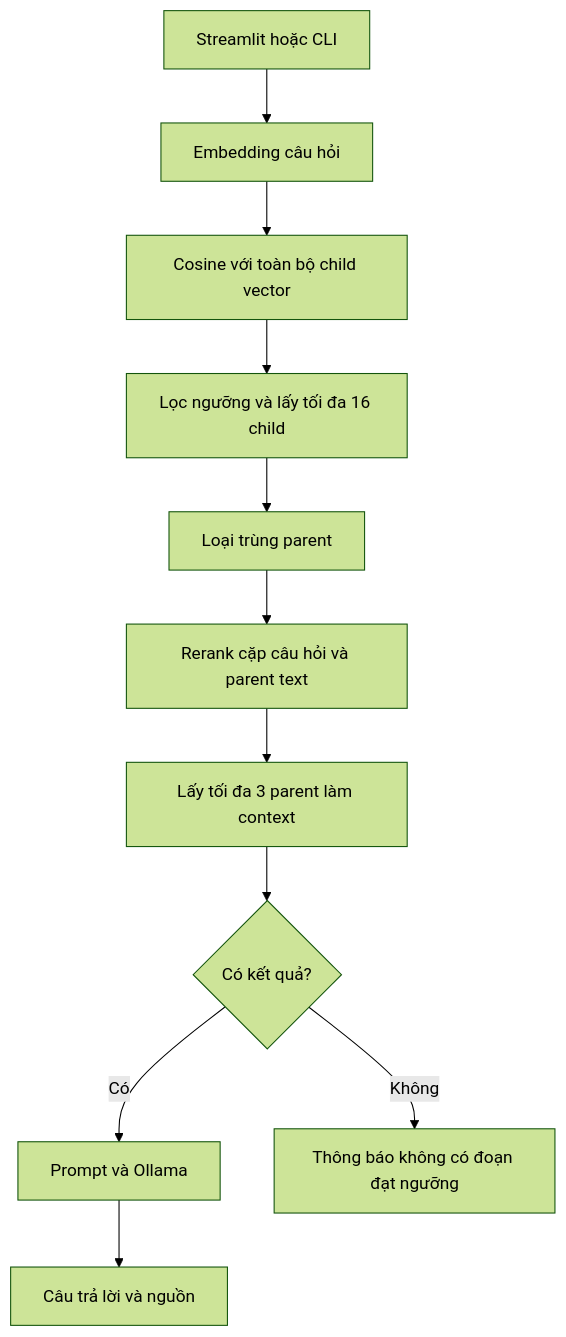
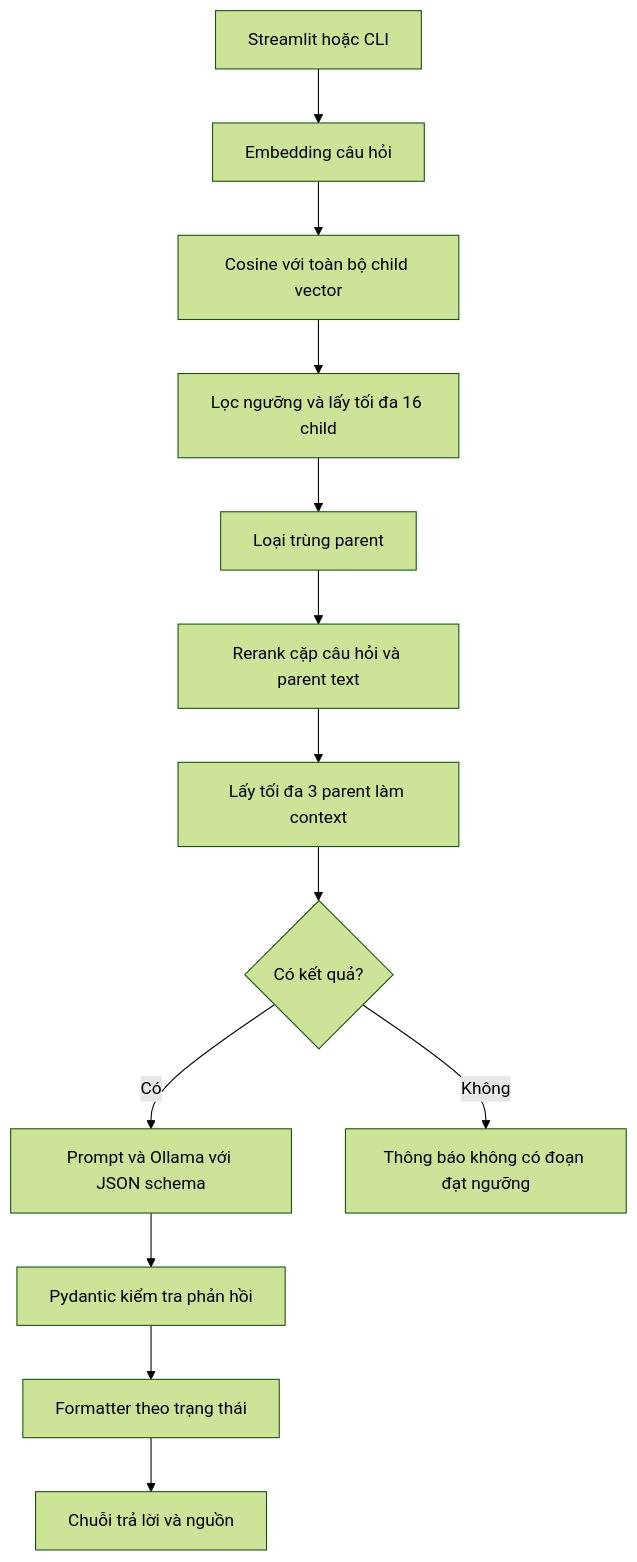
The second of 2 diagrams in README.md (dangthanh204bn/vietnamese-policy-rag), drawn with Mermaid (forest theme) before and after one commit. The commit also changed other lines of this file and 15 other files, not shown here.

````diff
--- a/README.md
+++ b/README.md
@@ -61,13 +69,15 @@
 ```mermaid
 flowchart TD
     A[Streamlit hoặc CLI] --> B[Embedding câu hỏi]
     B --> C[Cosine với toàn bộ child vector]
     C --> D[Lọc ngưỡng và lấy tối đa 16 child]
     D --> E[Loại trùng parent]
     E --> F[Rerank cặp câu hỏi và parent text]
     F --> G[Lấy tối đa 3 parent làm context]
     G --> H{Có kết quả?}
-    H -- Có --> I[Prompt và Ollama]
-    I --> J[Câu trả lời và nguồn]
+    H -- Có --> I[Prompt và Ollama với JSON schema]
+    I --> J[Pydantic kiểm tra phản hồi]
+    J --> L[Formatter theo trạng thái]
+    L --> M[Chuỗi trả lời và nguồn]
     H -- Không --> K[Thông báo không có đoạn đạt ngưỡng]
 ```
````
